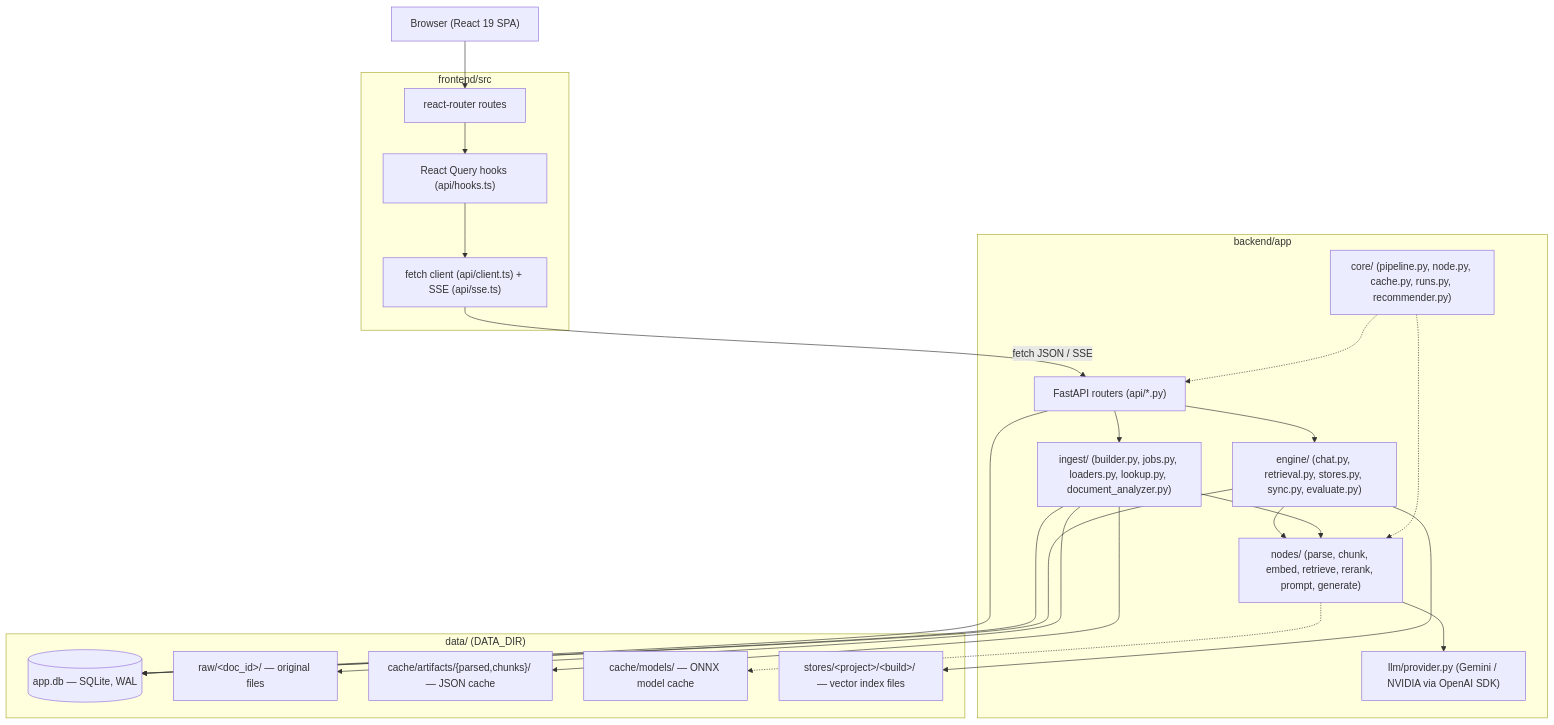
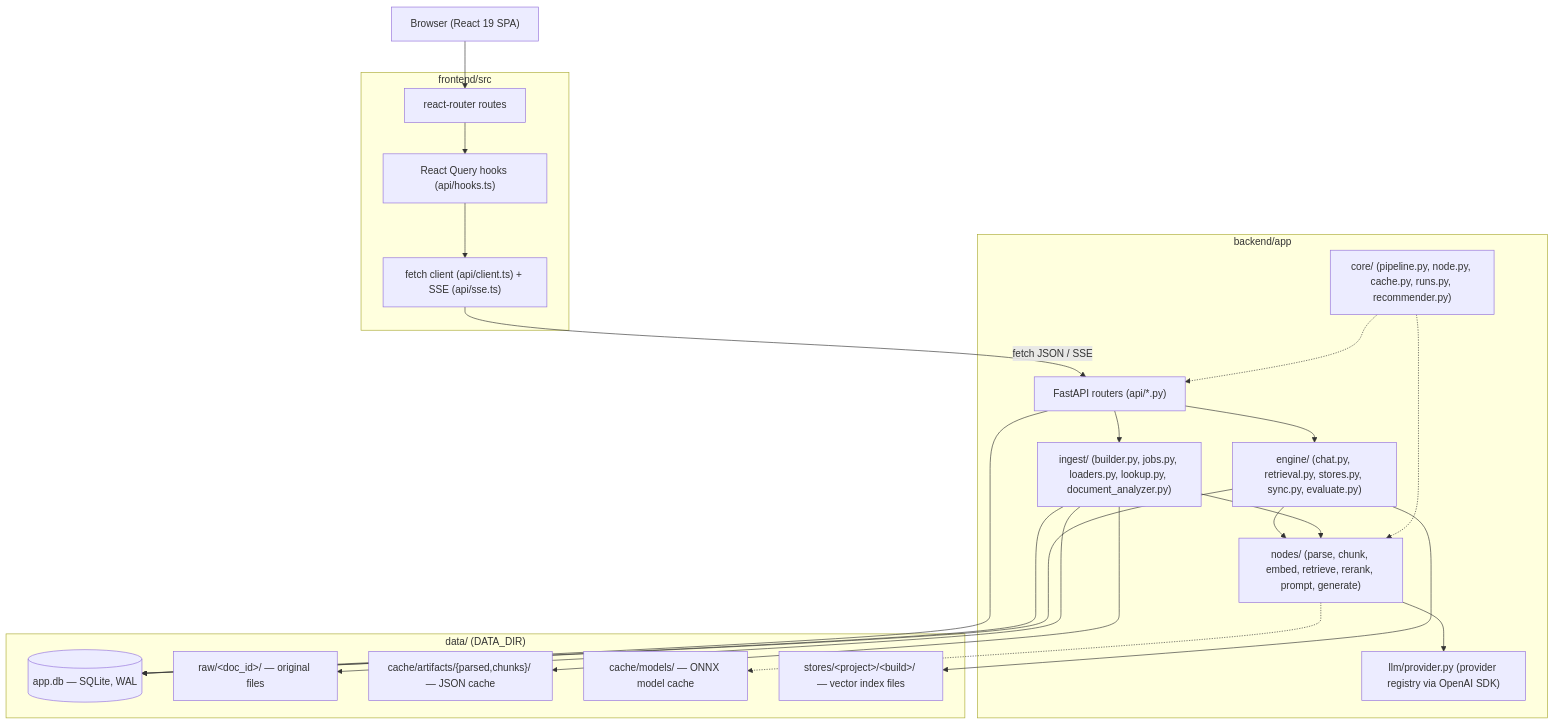
The first of 4 diagrams in DEVELOPER_ARCHITECTURE.md (anurag-njr11/Rag-Labs), drawn with Mermaid before and after one commit. The commit also changed other lines of this file and 26 other files, not shown here.

First line of the commit message:
Let developers plug in any OpenAI-compatible LLM for generation

````diff
--- a/DEVELOPER_ARCHITECTURE.md
+++ b/DEVELOPER_ARCHITECTURE.md
@@ -15,41 +15,41 @@
 ```mermaid
 flowchart TB
     Browser["Browser (React 19 SPA)"]
     subgraph FE["frontend/src"]
         Router["react-router routes"]
         Hooks["React Query hooks (api/hooks.ts)"]
         Client["fetch client (api/client.ts) + SSE (api/sse.ts)"]
     end
     subgraph BE["backend/app"]
         API["FastAPI routers (api/*.py)"]
         Engine["engine/ (chat.py, retrieval.py, stores.py, sync.py, evaluate.py)"]
         Nodes["nodes/ (parse, chunk, embed, retrieve, rerank, prompt, generate)"]
         Ingest["ingest/ (builder.py, jobs.py, loaders.py, lookup.py, document_analyzer.py)"]
         Core["core/ (pipeline.py, node.py, cache.py, runs.py, recommender.py)"]
-        LLM["llm/provider.py (Gemini / NVIDIA via OpenAI SDK)"]
+        LLM["llm/provider.py (provider registry via OpenAI SDK)"]
     end
     subgraph Data["data/ (DATA_DIR)"]
         DB[("app.db — SQLite, WAL")]
         Raw["raw/&lt;doc_id&gt;/ — original files"]
         CacheDir["cache/artifacts/{parsed,chunks}/ — JSON cache"]
         ModelsDir["cache/models/ — ONNX model cache"]
         Stores["stores/&lt;project&gt;/&lt;build&gt;/ — vector index files"]
     end
 
     Browser --> Router --> Hooks --> Client
     Client -- "fetch JSON / SSE" --> API
     API --> Ingest
     API --> Engine
     Engine --> Nodes
     Ingest --> Nodes
     Nodes --> LLM
     Nodes -.-> ModelsDir
     Ingest --> Raw
     Ingest --> CacheDir
     Engine --> Stores
     API --> DB
     Ingest --> DB
     Engine --> DB
     Core -.-> API
     Core -.-> Nodes
 ```
````
